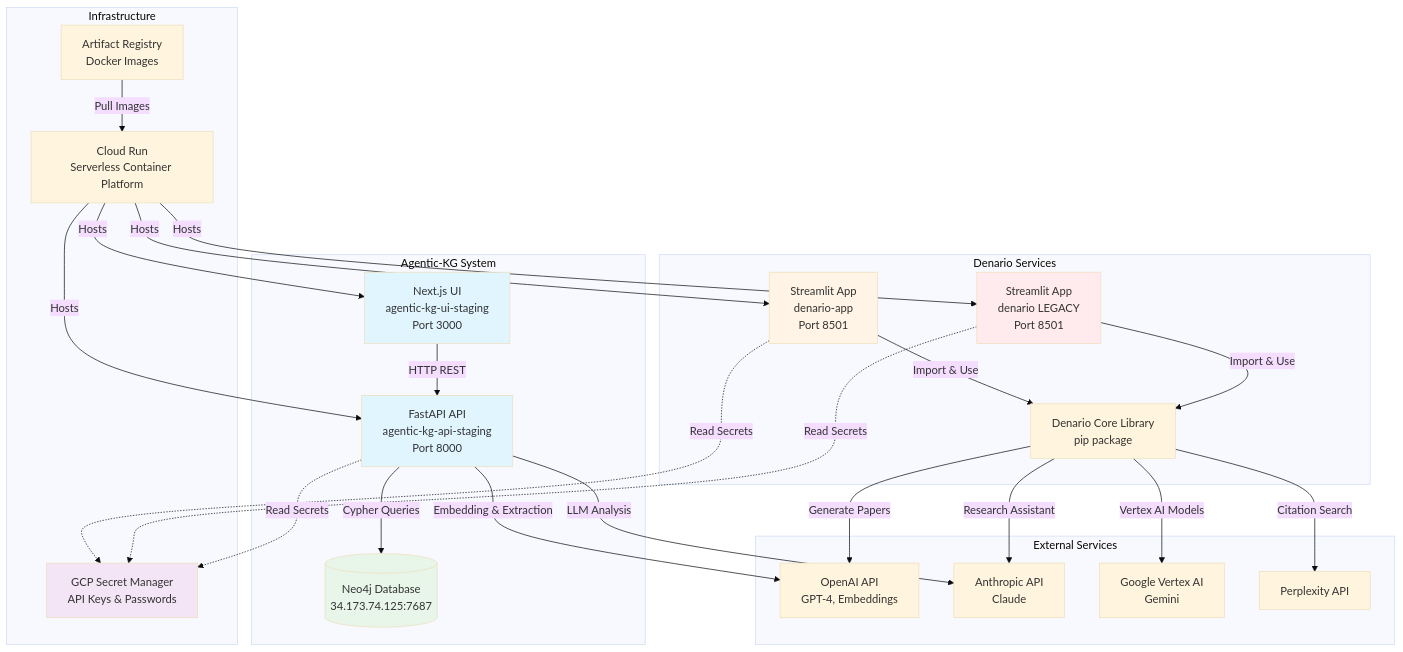
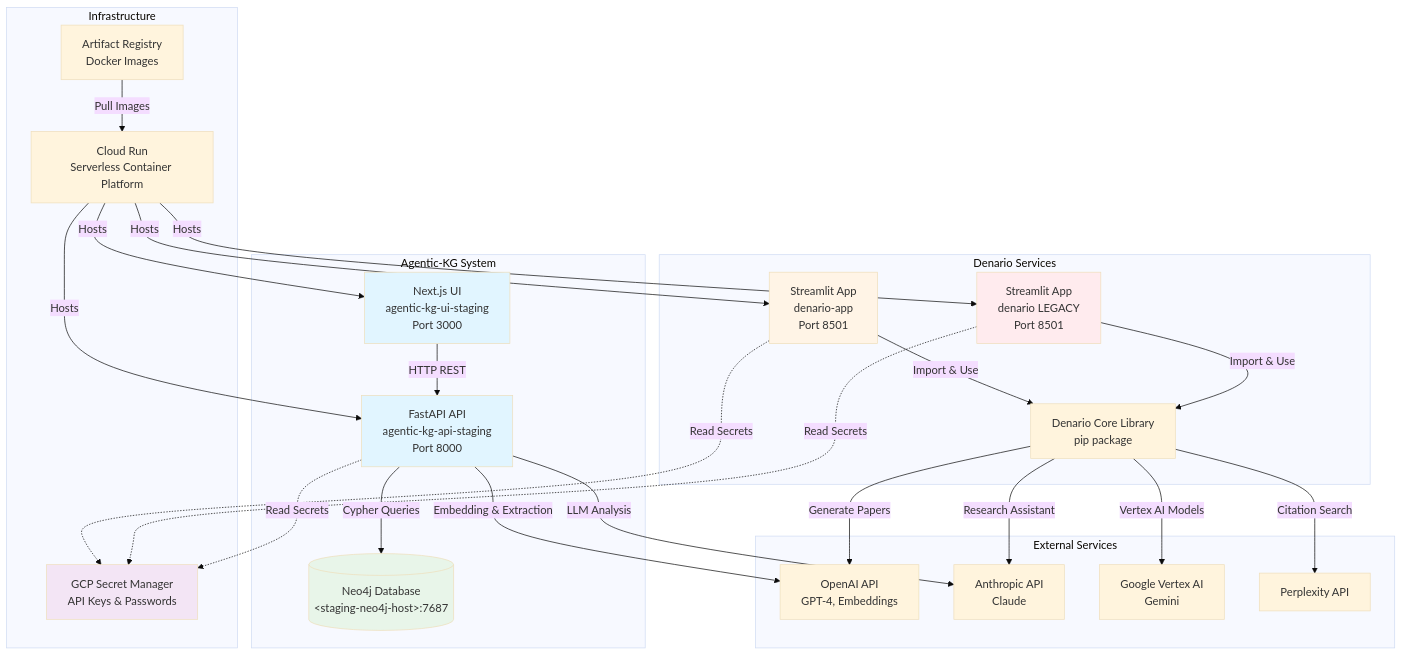
Before and after one commit to djjay0131/agentic-kg: the first of 3 diagrams in llm/sprints/sprint-08-documentation-and-cleanup.md, drawn with Mermaid (base theme). The commit also changed 18 other files, not shown here.

First line of the commit message:
fix(security): scrub staging Neo4j endpoint (#79) + CI secret/permission hardening (#80) (#98)

````diff
--- a/llm/sprints/sprint-08-documentation-and-cleanup.md
+++ b/llm/sprints/sprint-08-documentation-and-cleanup.md
@@ -237,60 +237,60 @@
 ```mermaid
 graph TB
     subgraph "Agentic-KG System"
         UI[Next.js UI<br/>agentic-kg-ui-staging<br/>Port 3000]
         API[FastAPI API<br/>agentic-kg-api-staging<br/>Port 8000]
-        NEO[(Neo4j Database<br/>34.173.74.125:7687)]
+        NEO[(Neo4j Database<br/>&lt;staging-neo4j-host&gt;:7687)]
     end
 
     subgraph "Denario Services"
         DAPP[Streamlit App<br/>denario-app<br/>Port 8501]
         DLEGACY[Streamlit App<br/>denario LEGACY<br/>Port 8501]
         DLIB[Denario Core Library<br/>pip package]
     end
 
     subgraph "External Services"
         OPENAI[OpenAI API<br/>GPT-4, Embeddings]
         ANTHROPIC[Anthropic API<br/>Claude]
         GEMINI[Google Vertex AI<br/>Gemini]
         PPLX[Perplexity API]
     end
 
     subgraph "Infrastructure"
         SEC[GCP Secret Manager<br/>API Keys & Passwords]
         CR[Cloud Run<br/>Serverless Container Platform]
         AR[Artifact Registry<br/>Docker Images]
     end
 
     %% Agentic-KG connections
     UI -->|HTTP REST| API
     API -->|Cypher Queries| NEO
     API -->|Embedding & Extraction| OPENAI
     API -->|LLM Analysis| ANTHROPIC
 
     %% Denario connections
     DAPP -->|Import & Use| DLIB
     DLEGACY -->|Import & Use| DLIB
     DLIB -->|Generate Papers| OPENAI
     DLIB -->|Research Assistant| ANTHROPIC
     DLIB -->|Vertex AI Models| GEMINI
     DLIB -->|Citation Search| PPLX
 
     %% Infrastructure connections
     API -.->|Read Secrets| SEC
     DAPP -.->|Read Secrets| SEC
     DLEGACY -.->|Read Secrets| SEC
 
     CR -->|Hosts| UI
     CR -->|Hosts| API
     CR -->|Hosts| DAPP
     CR -->|Hosts| DLEGACY
 
     AR -->|Pull Images| CR
 
     style UI fill:#e1f5ff
     style API fill:#e1f5ff
     style DAPP fill:#fff4e6
     style DLEGACY fill:#ffebee
     style NEO fill:#e8f5e9
     style SEC fill:#f3e5f5
 ```
````
